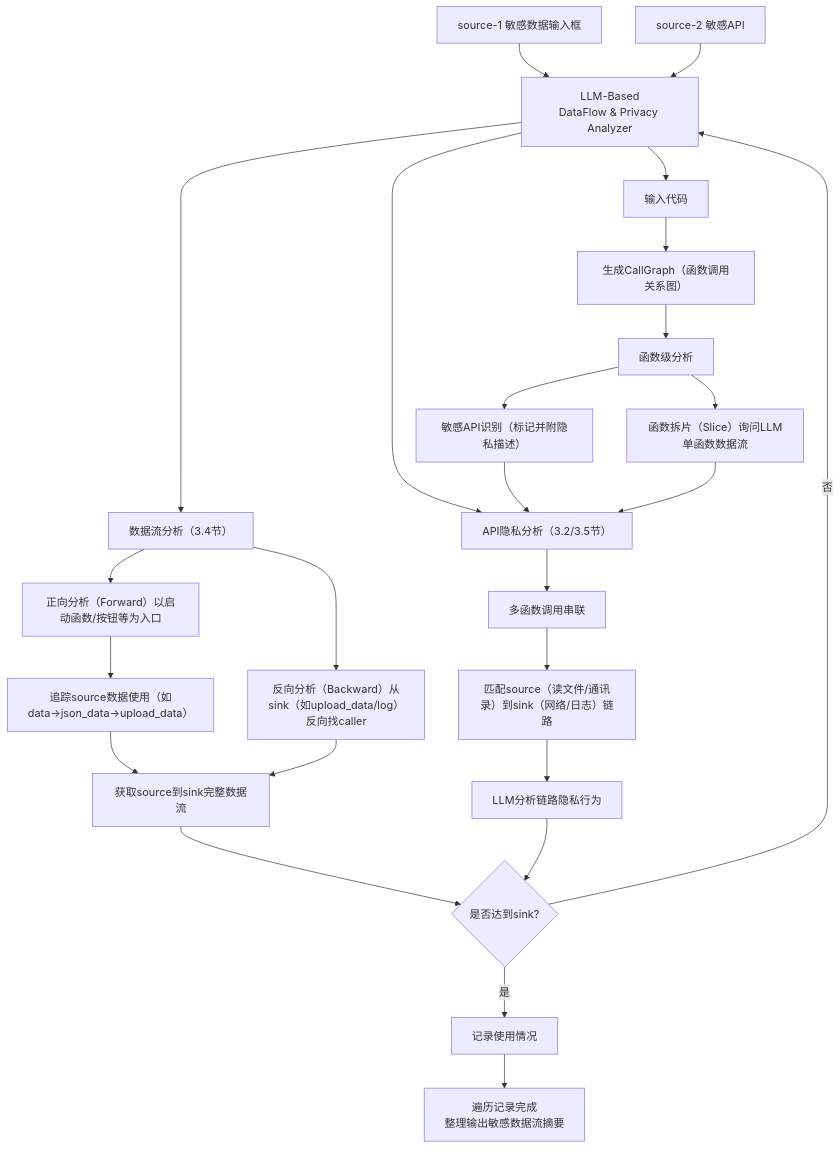
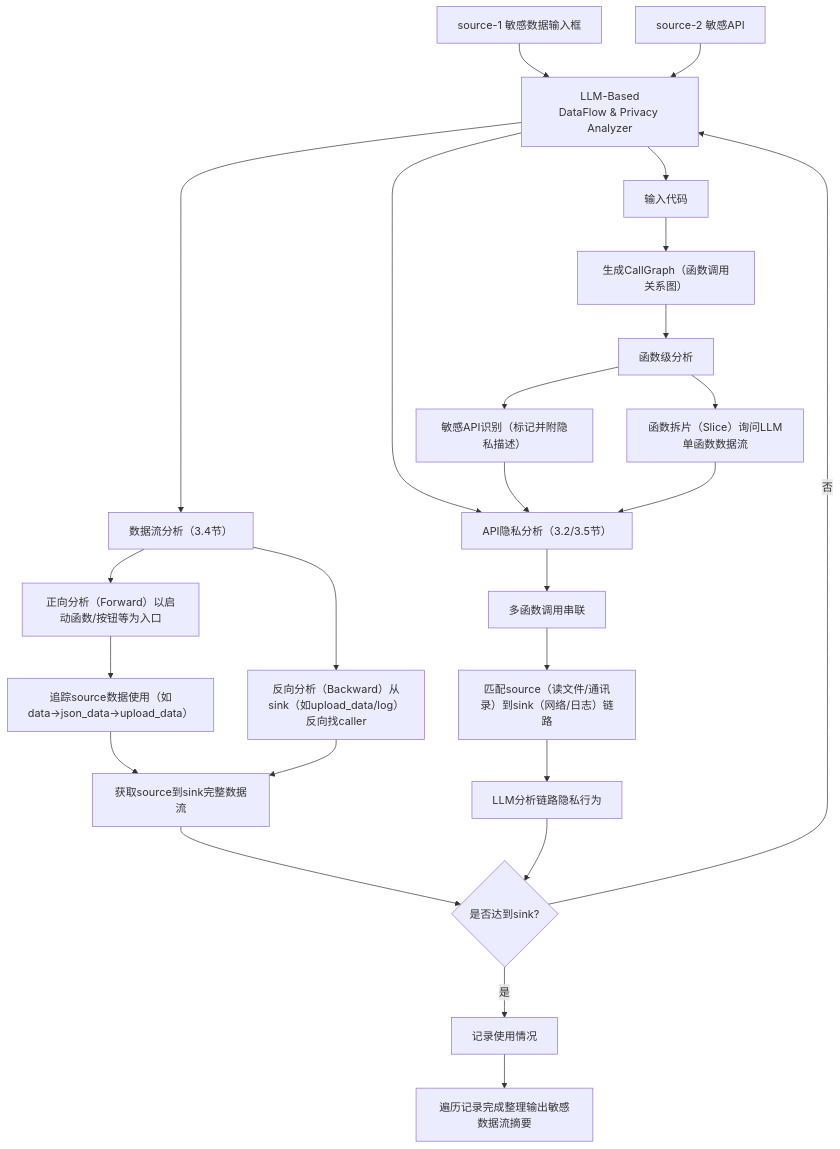
The diagram in all/未命名.md (WriteStone/iodraw-files), drawn with Mermaid before and after one commit.

Commit message:
2025-09-08 20:39:24 update

````diff
--- a/all/未命名.md
+++ b/all/未命名.md
@@ -1,33 +1,33 @@
 ```mermaid
 flowchart TD
     %% 左侧数据源
-    A[source-1 敏感数据输入框] --> B[LLM-Based DataFlow & Privacy Analyzer]
+    A[source-1 敏感数据输入框] --> B[ Privacy Analyzer]
     C[source-2 敏感API] --> B
     
     %% 分析器核心处理
     B --> D[输入代码]
     D --> E[生成CallGraph（函数调用关系图）]
     E --> F[函数级分析]
     F --> G1[敏感API识别（标记并附隐私描述）]
     F --> G2[函数拆片（Slice）询问LLM单函数数据流]
     
     %% 数据流分析分支（3.4节）
     B --> H[数据流分析（3.4节）]
     H --> H1[正向分析（Forward）以启动函数/按钮等为入口]
     H1 --> H2[追踪source数据使用（如data→json_data→upload_data）]
     H --> H3[反向分析（Backward）从sink（如upload_data/log）反向找caller]
     H2 & H3 --> H4[获取source到sink完整数据流]
     
     %% 隐私分析分支（3.2/3.5节）
     B --> I[API隐私分析（3.2/3.5节）]
     G1 & G2 --> I
     I --> I1[多函数调用串联]
     I1 --> I2[匹配source（读文件/通讯录）到sink（网络/日志）链路]
     I2 --> I3[LLM分析链路隐私行为]
     
     %% 决策与输出
     H4 & I3 --> J{是否达到sink?}
     J -- 否 --> B[LLM-Based\nDataFlow & Privacy Analyzer]
     J -- 是 --> K[记录使用情况]
-    K --> L[遍历记录完成\n整理输出敏感数据流摘要]
+    K --> L[遍历记录完成整理输出敏感数据流摘要]
 ```
````
